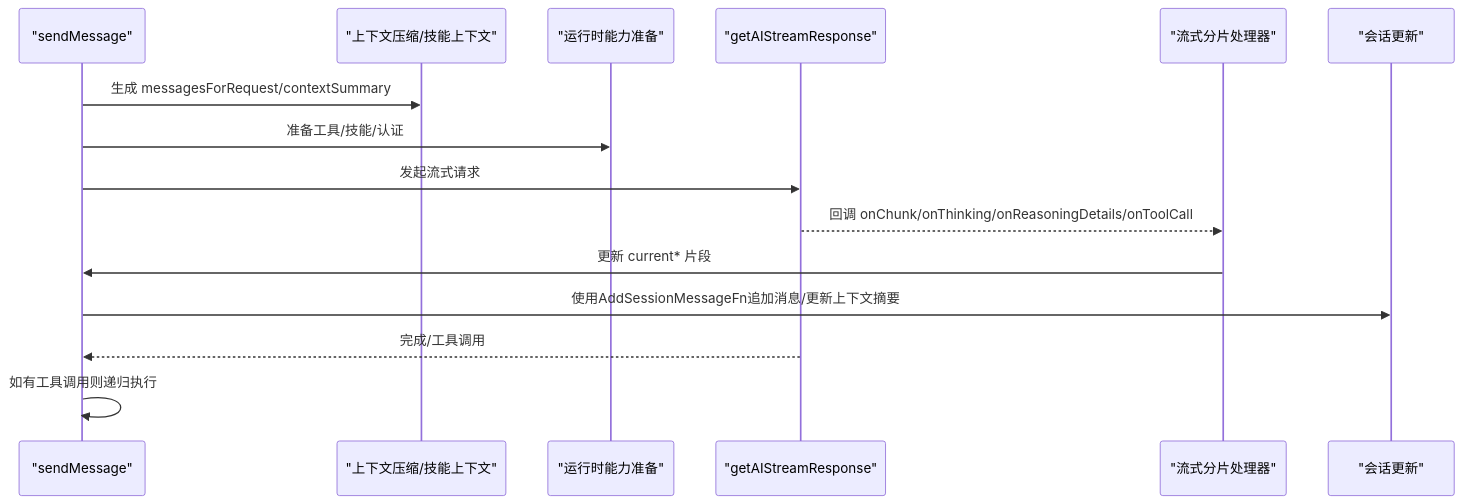
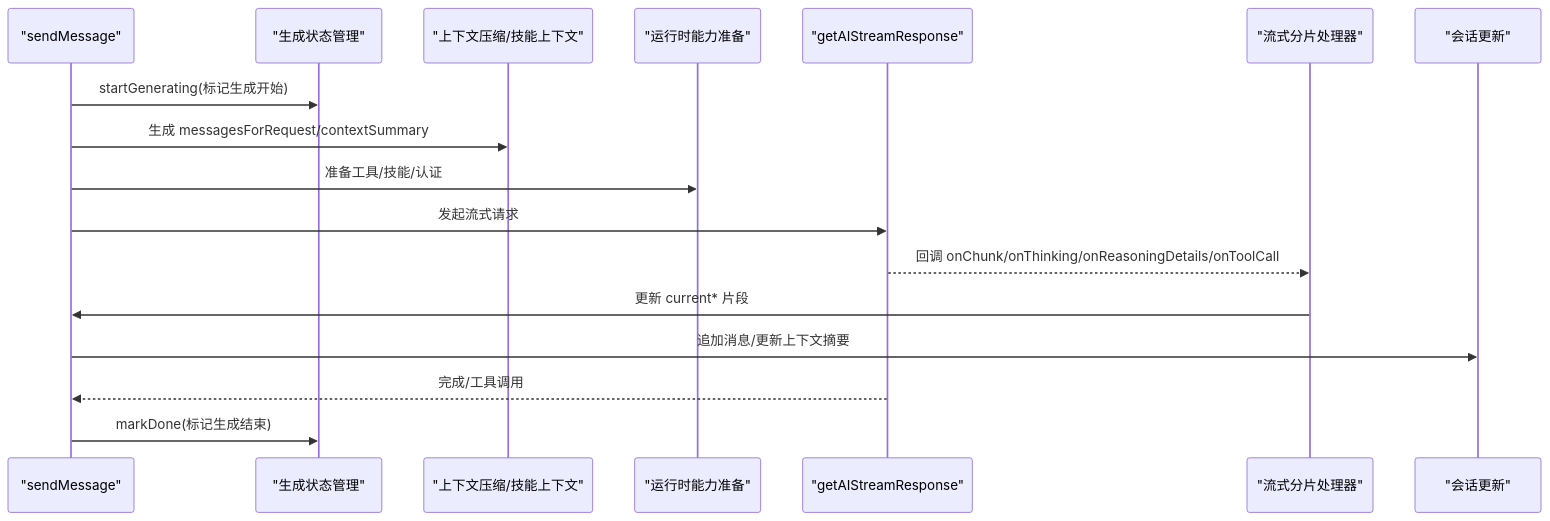
Before and after one commit to xixixiaoyu/Todo: the fifth of 7 diagrams in .qoder/repowiki/zh/content/核心模块/AI助手系统/对话管理.md, drawn with Mermaid. The commit also changed other lines of this file and 6 other files, not shown here.

````diff
--- a/.qoder/repowiki/zh/content/核心模块/AI助手系统/对话管理.md
+++ b/.qoder/repowiki/zh/content/核心模块/AI助手系统/对话管理.md
@@ -232,17 +312,19 @@
 ```mermaid
 sequenceDiagram
 participant A as "sendMessage"
+participant GenState as "生成状态管理"
 participant Ctx as "上下文压缩/技能上下文"
 participant RT as "运行时能力准备"
 participant S as "getAIStreamResponse"
 participant H as "流式分片处理器"
 participant M as "会话更新"
+A->>GenState : startGenerating(标记生成开始)
 A->>Ctx : 生成 messagesForRequest/contextSummary
 A->>RT : 准备工具/技能/认证
 A->>S : 发起流式请求
 S-->>H : 回调 onChunk/onThinking/onReasoningDetails/onToolCall
 H->>A : 更新 current* 片段
-A->>M : 使用AddSessionMessageFn追加消息/更新上下文摘要
+A->>M : 追加消息/更新上下文摘要
 S-->>A : 完成/工具调用
-A->>A : 如有工具调用则递归执行
+A->>GenState : markDone(标记生成结束)
 ```
````
